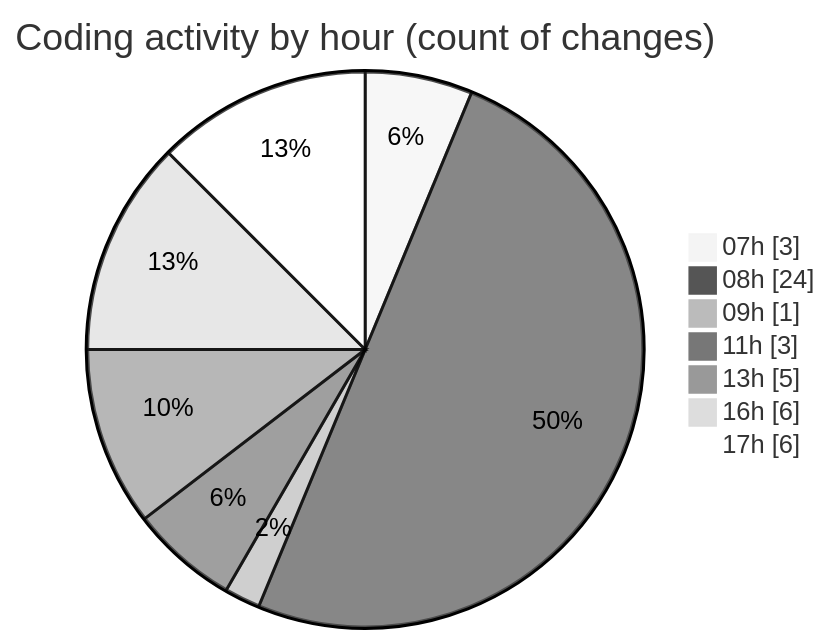
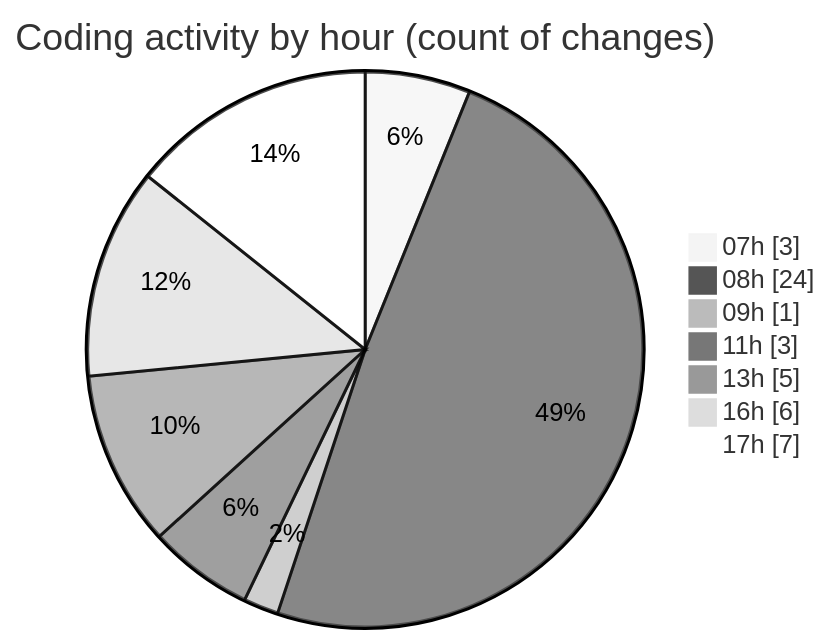
Before and after one commit to becaeroporto-bot/code-tracking: the second of 2 diagrams in 2026-02-20/bot_i_a/README.md, drawn with Mermaid (neutral theme). The commit also changed other lines of this file and 1 other file, not shown here.

````diff
--- a/2026-02-20/bot_i_a/README.md
+++ b/2026-02-20/bot_i_a/README.md
@@ -51,11 +51,11 @@
 ```mermaid
 pie showData
 title Coding activity by hour (count of changes)
 "07h" : 3
 "08h" : 24
 "09h" : 1
 "11h" : 3
 "13h" : 5
 "16h" : 6
-"17h" : 6
+"17h" : 7
 ```
````
